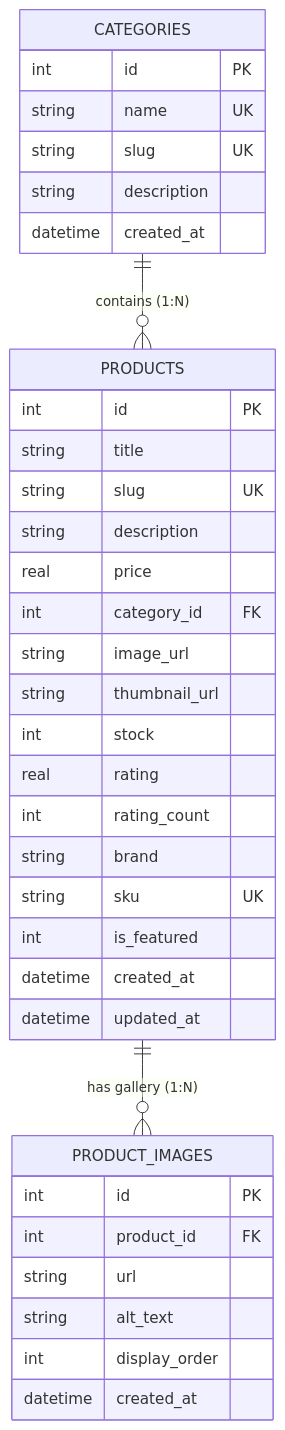
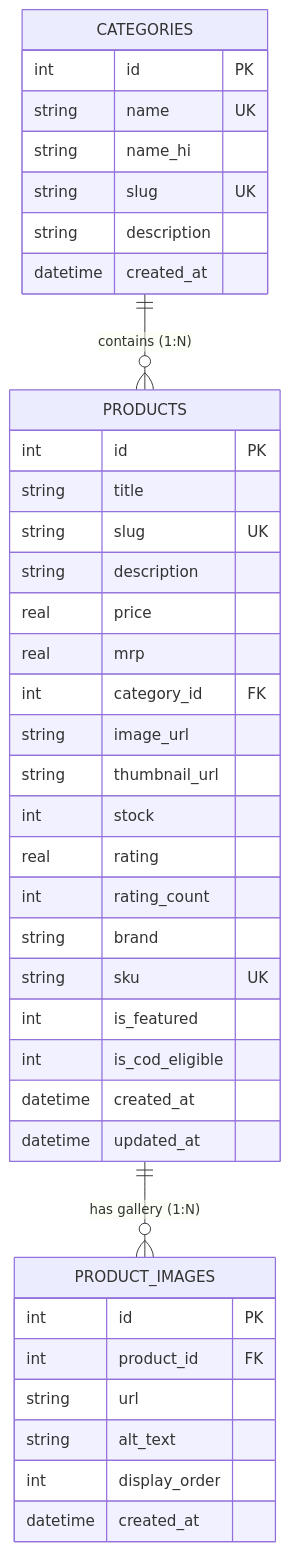
The second of 2 diagrams in README.md (abhaybadoni/EComProject), drawn with Mermaid before and after one commit. The commit also changed other lines of this file and 13 other files, not shown here.

Commit message:
feat: transform website look and data to Indian scenario (ApnaBazar theme, INR currency, COD, MRP discounts)

````diff
--- a/README.md
+++ b/README.md
@@ -107,41 +117,44 @@
 ```mermaid
 erDiagram
     CATEGORIES ||--o{ PRODUCTS : "contains (1:N)"
     PRODUCTS ||--o{ PRODUCT_IMAGES : "has gallery (1:N)"
 
     CATEGORIES {
         int id PK
         string name UK
+        string name_hi
         string slug UK
         string description
         datetime created_at
     }
 
     PRODUCTS {
         int id PK
         string title
         string slug UK
         string description
         real price
+        real mrp
         int category_id FK
         string image_url
         string thumbnail_url
         int stock
         real rating
         int rating_count
         string brand
         string sku UK
         int is_featured
+        int is_cod_eligible
         datetime created_at
         datetime updated_at
     }
 
     PRODUCT_IMAGES {
         int id PK
         int product_id FK
         string url
         string alt_text
         int display_order
         datetime created_at
     }
 ```
````
